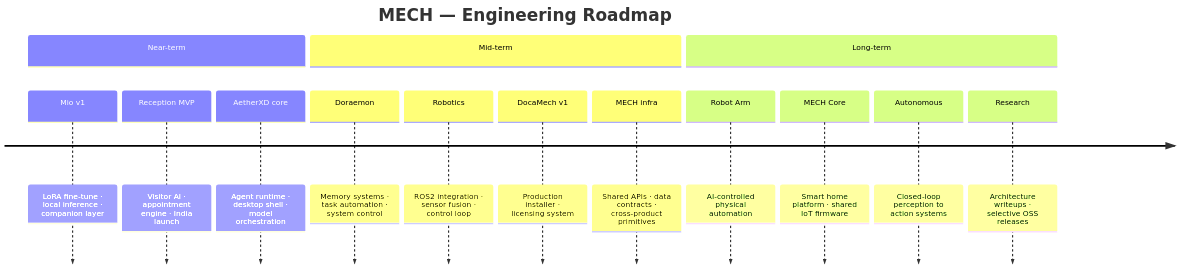
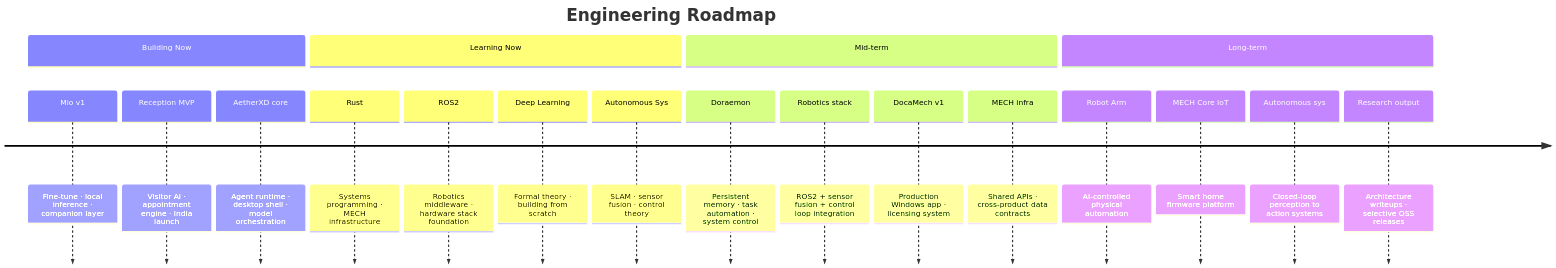
Before and after one commit to brovk2008/brovk2008: the diagram in README.md, drawn with Mermaid. The commit also changed other lines of this file and 1 other file, not shown here.

````diff
--- a/README.md
+++ b/README.md
@@ -249,18 +279,23 @@
 ```mermaid
 timeline
-    title MECH — Engineering Roadmap
-    section Near-term
-        Mio v1        : LoRA fine-tune · local inference · companion layer
-        Reception MVP : Visitor AI · appointment engine · India launch
-        AetherXD core : Agent runtime · desktop shell · model orchestration
+    title Engineering Roadmap
+    section Building Now
+        Mio v1           : Fine-tune · local inference · companion layer
+        Reception MVP    : Visitor AI · appointment engine · India launch
+        AetherXD core    : Agent runtime · desktop shell · model orchestration
+    section Learning Now
+        Rust             : Systems programming · MECH infrastructure
+        ROS2             : Robotics middleware · hardware stack foundation
+        Deep Learning    : Formal theory · building from scratch
+        Autonomous Sys   : SLAM · sensor fusion · control theory
     section Mid-term
-        Doraemon      : Memory systems · task automation · system control
-        Robotics      : ROS2 integration · sensor fusion · control loop
-        DocaMech v1   : Production installer · licensing system
-        MECH infra    : Shared APIs · data contracts · cross-product primitives
+        Doraemon         : Persistent memory · task automation · system control
+        Robotics stack   : ROS2 + sensor fusion + control loop integration
+        DocaMech v1      : Production Windows app · licensing system
+        MECH infra       : Shared APIs · cross-product data contracts
     section Long-term
-        Robot Arm     : AI-controlled physical automation
-        MECH Core     : Smart home platform · shared IoT firmware
-        Autonomous    : Closed-loop perception to action systems
-        Research      : Architecture writeups · selective OSS releases
+        Robot Arm        : AI-controlled physical automation
+        MECH Core IoT    : Smart home firmware platform
+        Autonomous sys   : Closed-loop perception to action systems
+        Research output  : Architecture writeups · selective OSS releases
 ```
````
